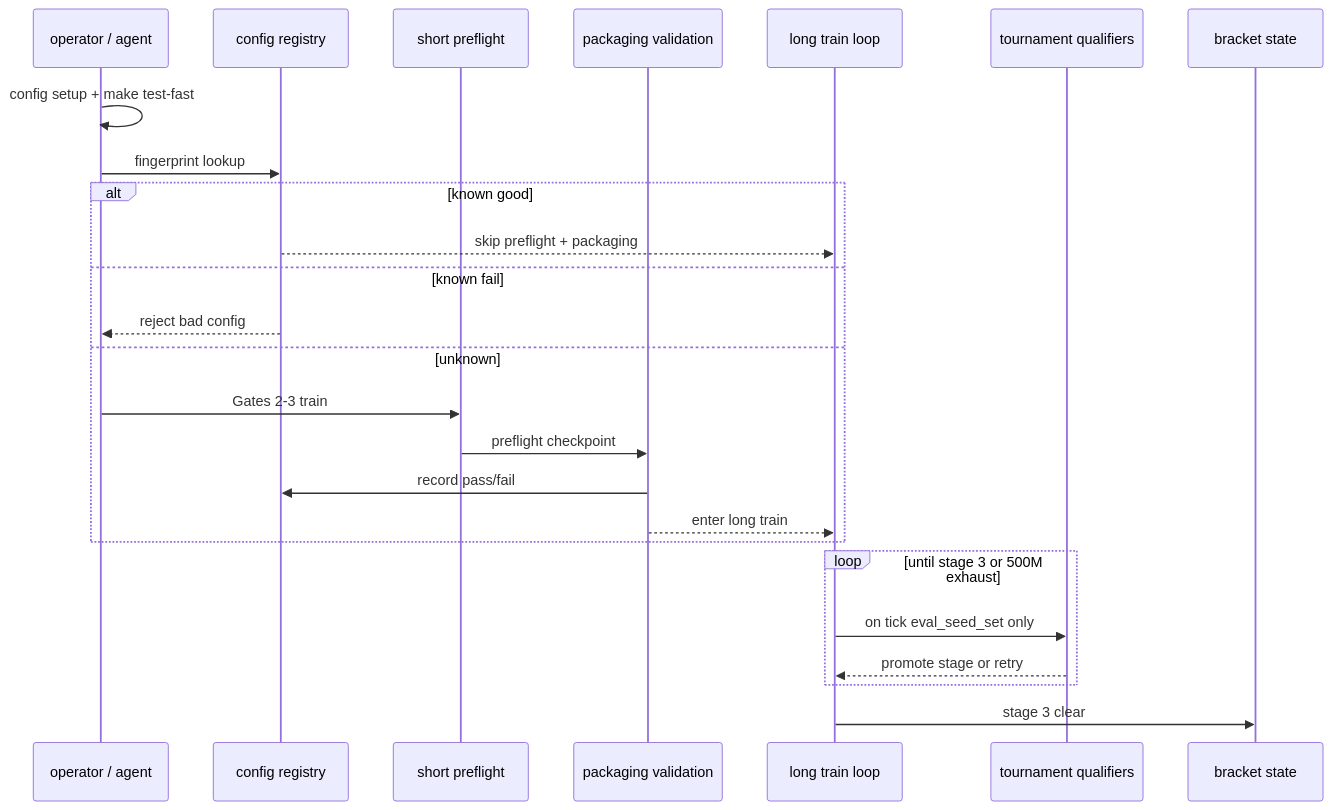
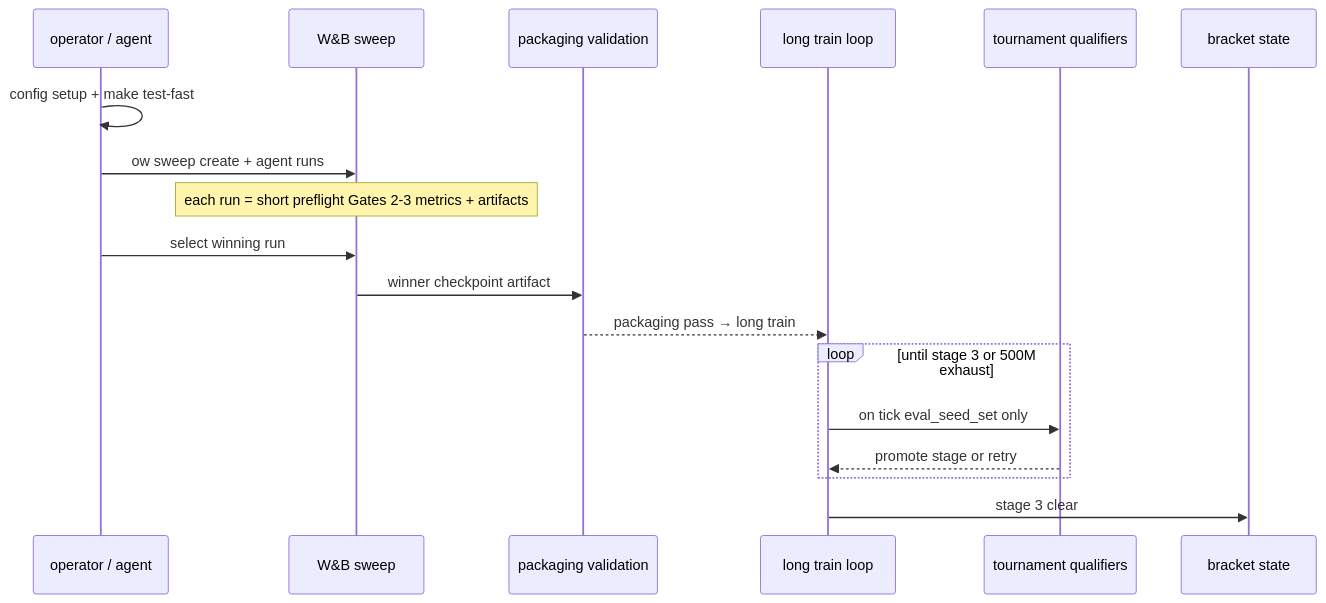
The second of 2 diagrams in docs/plans/2026-06-03-013-feat-ssot-training-pipeline-plan.md (jmduea/orbit_wars), drawn with Mermaid before and after one commit. The commit also changed other lines of this file and 3 other files, not shown here.

First line of the commit message:
docs(ssot): align plan, flowchart, and W&B pivot spine

````diff
--- a/docs/plans/2026-06-03-013-feat-ssot-training-pipeline-plan.md
+++ b/docs/plans/2026-06-03-013-feat-ssot-training-pipeline-plan.md
@@ -131,28 +136,21 @@
 ```mermaid
 sequenceDiagram
   participant Op as operator / agent
-  participant Reg as config registry
-  participant PF as short preflight
+  participant WB as W&B sweep
   participant PV as packaging validation
   participant Train as long train loop
   participant TQ as tournament qualifiers
   participant Br as bracket state
 
   Op->>Op: config setup + make test-fast
-  Op->>Reg: fingerprint lookup
-  alt known good
-    Reg-->>Train: skip preflight + packaging
-  else known fail
-    Reg-->>Op: reject bad config
-  else unknown
-    Op->>PF: Gates 2-3 train
-    PF->>PV: preflight checkpoint
-    PV->>Reg: record pass/fail
-    PV-->>Train: enter long train
-  end
+  Op->>WB: ow sweep create + agent runs
+  Note over WB: each run = short preflight Gates 2-3 metrics + artifacts
+  Op->>WB: select winning run
+  WB->>PV: winner checkpoint artifact
+  PV-->>Train: packaging pass → long train
   loop until stage 3 or 500M exhaust
     Train->>TQ: on tick eval_seed_set only
     TQ-->>Train: promote stage or retry
   end
   Train->>Br: stage 3 clear
 ```
````
